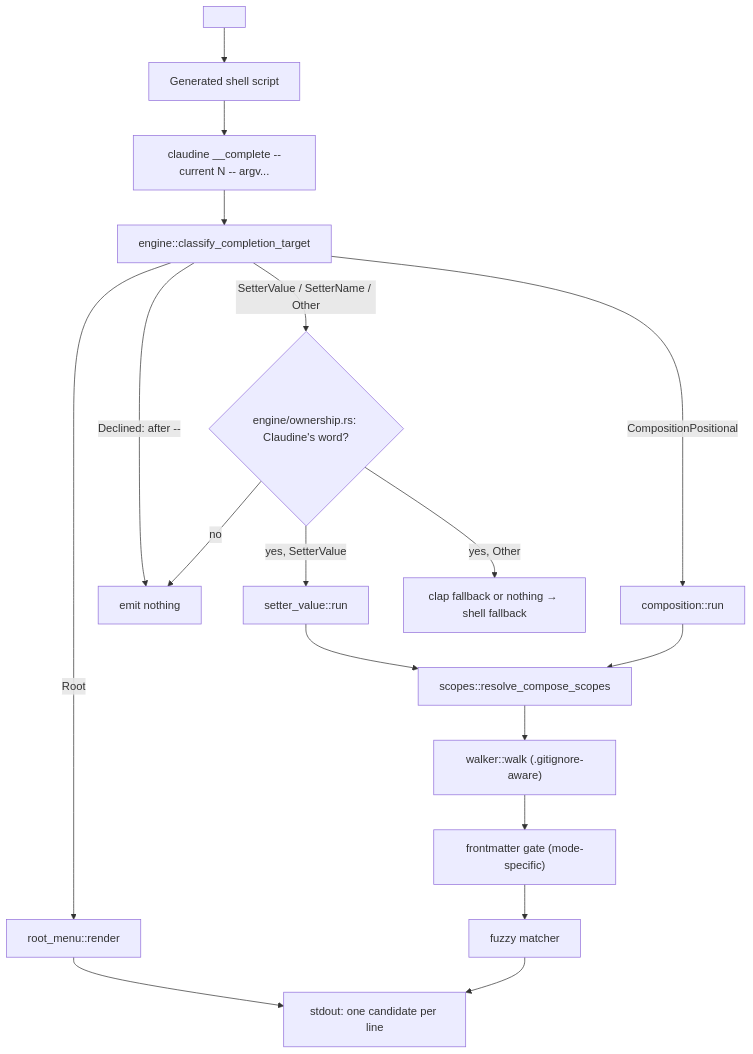
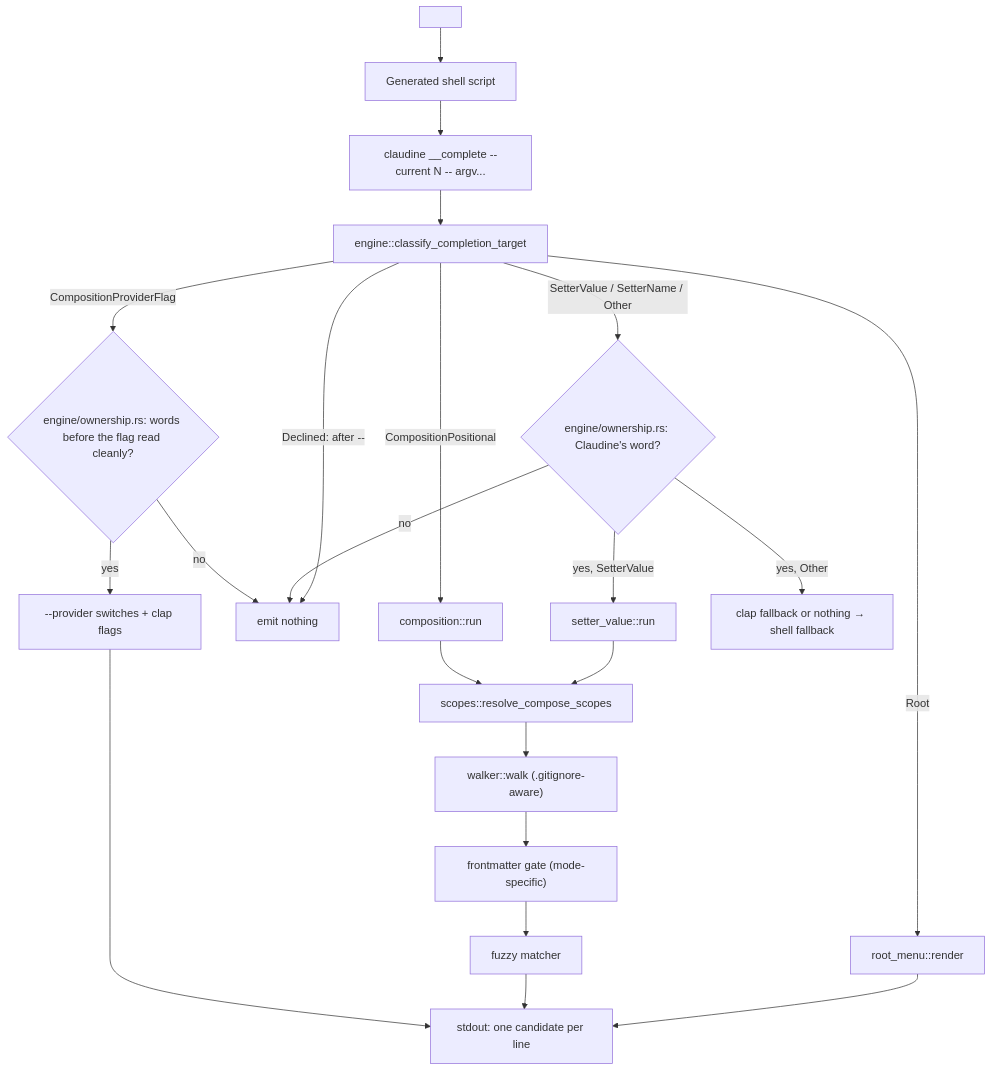
Before and after one commit to yankeeinlondon/rusty-biscuit: the second of 2 diagrams in claudine/docs/topics/completions/shell-completions.md, drawn with Mermaid. The commit also changed other lines of this file and 18 other files, not shown here.

````diff
--- a/claudine/docs/topics/completions/shell-completions.md
+++ b/claudine/docs/topics/completions/shell-completions.md
@@ -1063,20 +1071,24 @@
 ```mermaid
 flowchart TD
     A["<TAB>"] --> B["Generated shell script"]
     B --> C["claudine __complete --current N -- argv..."]
     C --> D["engine::classify_completion_target"]
     D -->|Root| E["root_menu::render"]
     D -->|CompositionPositional| F["composition::run"]
     D -->|SetterValue / SetterName / Other| O{"engine/ownership.rs: Claudine's word?"}
+    D -->|CompositionProviderFlag| P{"engine/ownership.rs: words before the flag read cleanly?"}
+    P -->|no| H2
+    P -->|yes| H3["--provider switches + clap flags"]
+    H3 --> M
     O -->|no| H2["emit nothing"]
     O -->|yes, SetterValue| G["setter_value::run"]
     O -->|yes, Other| H["clap fallback or nothing → shell fallback"]
     D -->|Declined: after --| H2
     F --> I["scopes::resolve_compose_scopes"]
     G --> I
     I --> J["walker::walk (.gitignore-aware)"]
     J --> K["frontmatter gate (mode-specific)"]
     K --> L["fuzzy matcher"]
     L --> M["stdout: one candidate per line"]
     E --> M
 ```
````
